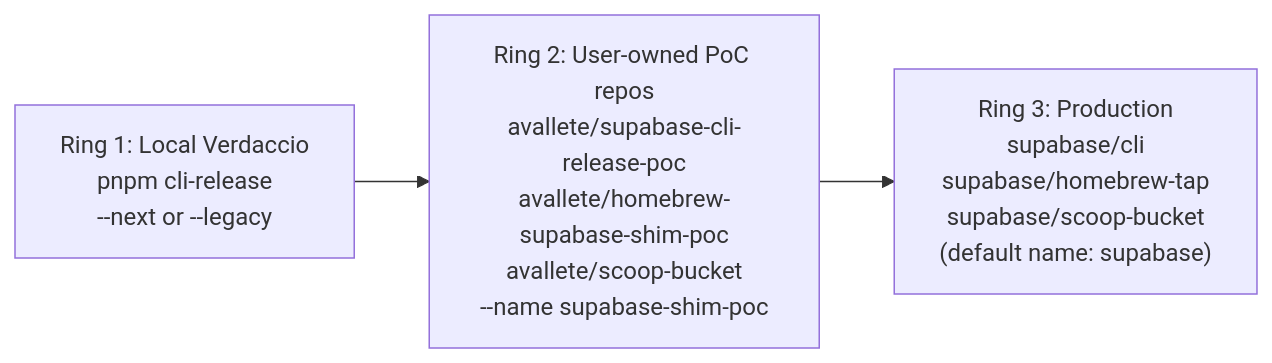
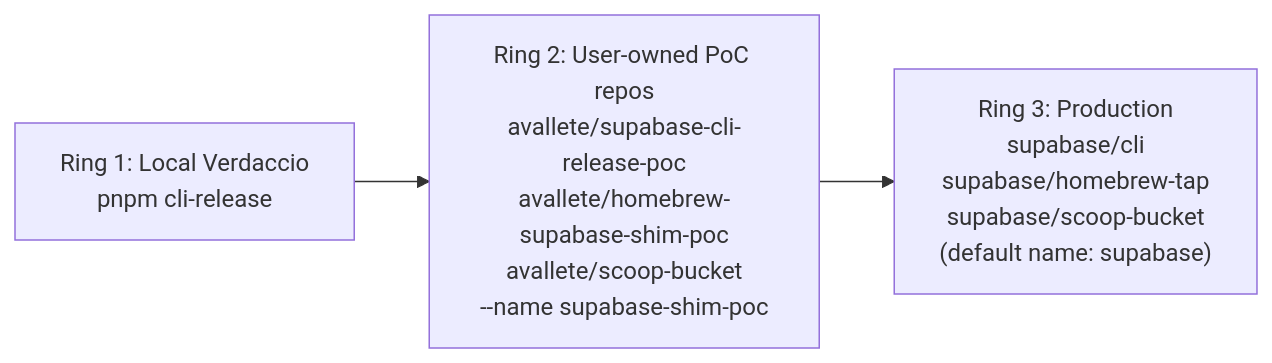
Before and after one commit to supabase/cli: the first of 2 diagrams in apps/cli/docs/release-process.md, drawn with Mermaid. The commit also changed other lines of this file and 153 other files, not shown here.

Commit message:
chore(cli): retire the remaining legacy/next shell plumbing

````diff
--- a/apps/cli/docs/release-process.md
+++ b/apps/cli/docs/release-process.md
@@ -9,8 +9,8 @@
 ```mermaid
 flowchart LR
-    local["Ring 1: Local Verdaccio<br/>pnpm cli-release<br/>--next or --legacy"]
+    local["Ring 1: Local Verdaccio<br/>pnpm cli-release"]
     poc["Ring 2: User-owned PoC repos<br/>avallete/supabase-cli-release-poc<br/>avallete/homebrew-supabase-shim-poc<br/>avallete/scoop-bucket<br/>--name supabase-shim-poc"]
     prod["Ring 3: Production<br/>supabase/cli<br/>supabase/homebrew-tap<br/>supabase/scoop-bucket<br/>(default name: supabase)"]
 
     local --> poc --> prod
 ```
````
